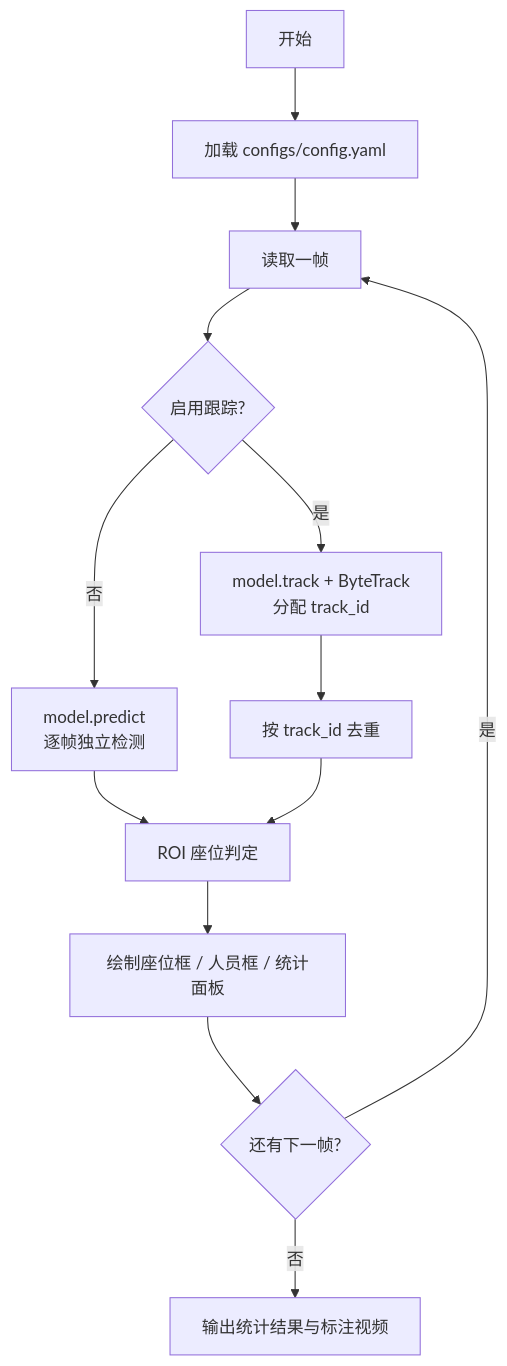
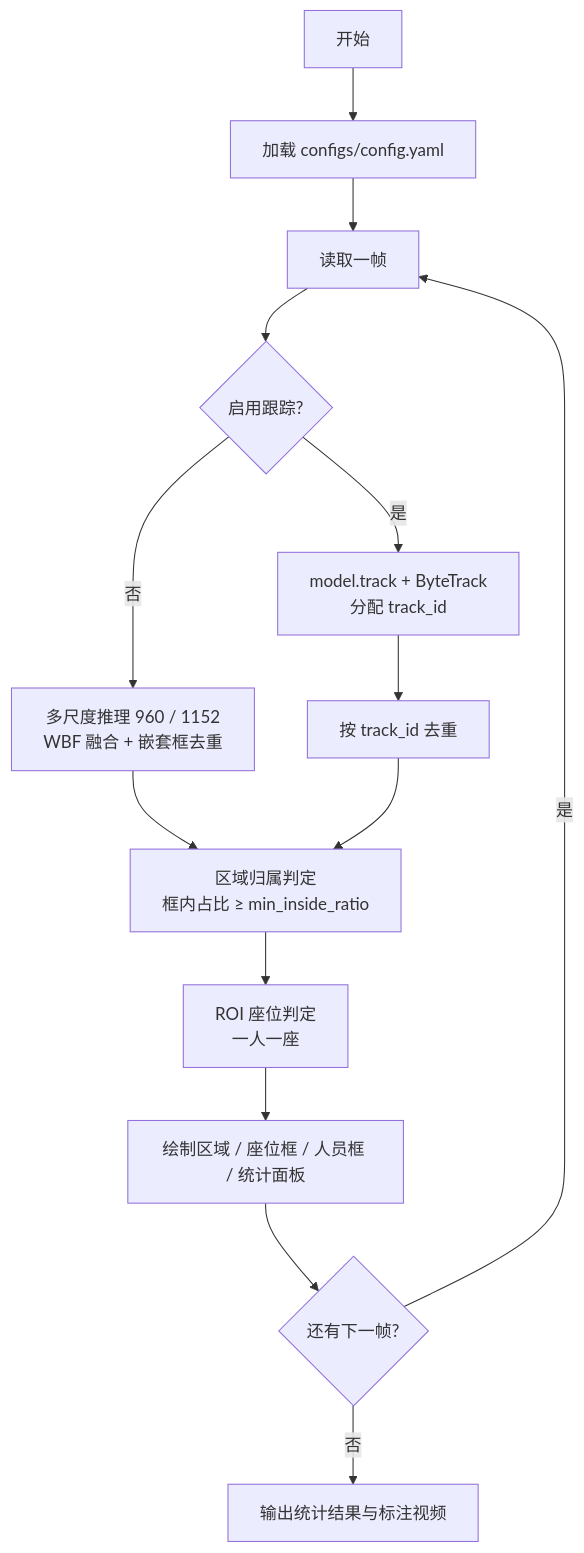
Before and after one commit to huan0-gg/yolov8-person-counter: the second of 2 diagrams in README.md, drawn with Mermaid. The commit also changed other lines of this file and 73 other files, not shown here.

````diff
--- a/README.md
+++ b/README.md
@@ -58,15 +121,16 @@
 ```mermaid
 flowchart TD
     S[开始] --> C[加载 configs/config.yaml]
     C --> R[读取一帧]
     R --> D{启用跟踪?}
     D -->|是| T[model.track + ByteTrack<br/>分配 track_id]
-    D -->|否| P[model.predict<br/>逐帧独立检测]
+    D -->|否| M[多尺度推理 960 / 1152<br/>WBF 融合 + 嵌套框去重]
     T --> U[按 track_id 去重]
-    P --> N[ROI 座位判定]
-    U --> N
-    N --> V[绘制座位框 / 人员框 / 统计面板]
+    M --> G[区域归属判定<br/>框内占比 ≥ min_inside_ratio]
+    U --> G
+    G --> N[ROI 座位判定<br/>一人一座]
+    N --> V[绘制区域 / 座位框 / 人员框 / 统计面板]
     V --> E{还有下一帧?}
     E -->|是| R
     E -->|否| F[输出统计结果与标注视频]
 ```
````
